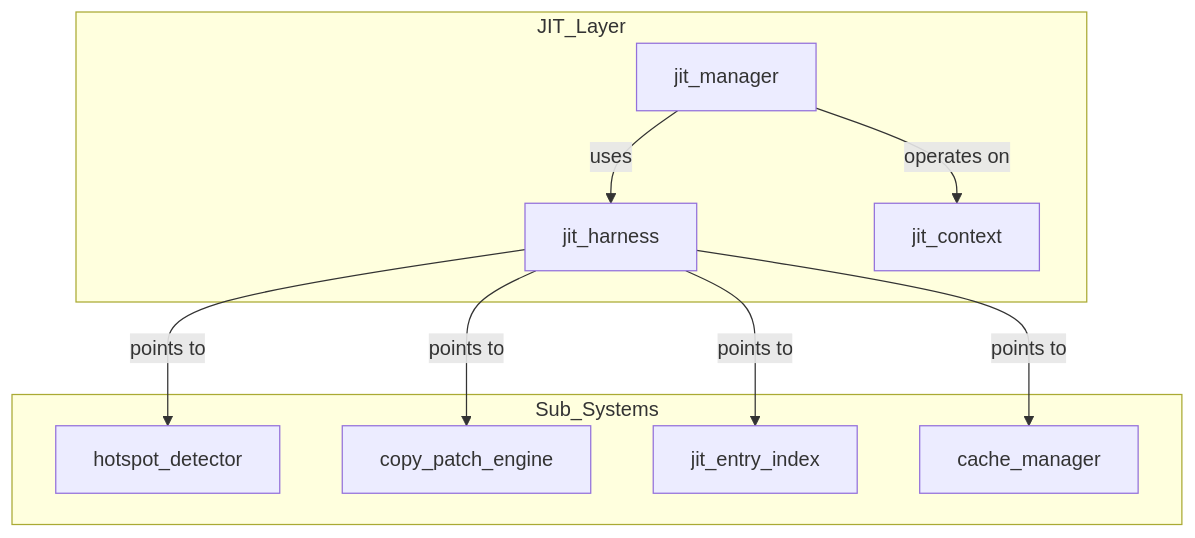
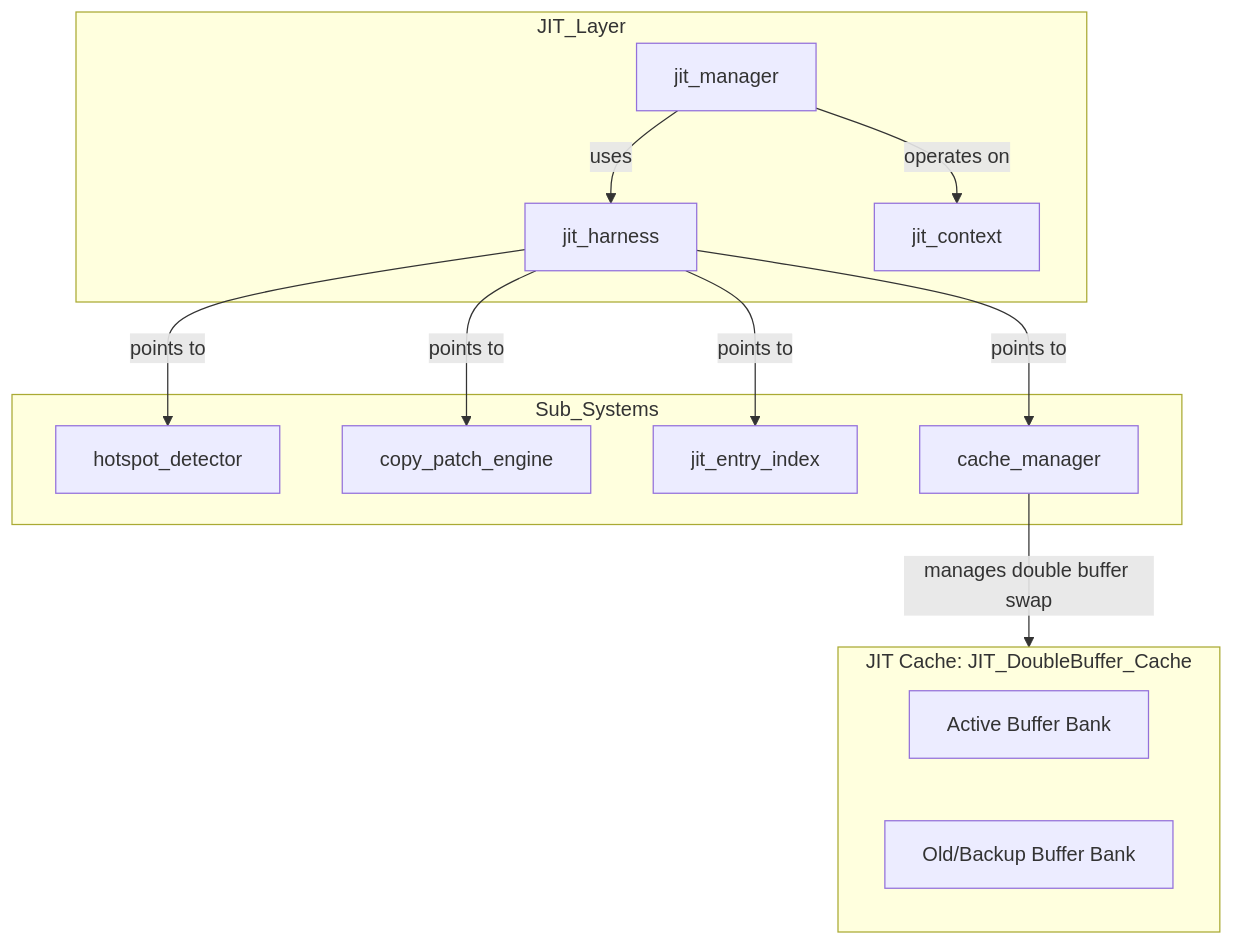
One commit to kmt-t/fireball changed the first of 3 diagrams in docs/components/jit/jit_compiler.md. Above: the diagram before and after it, drawn with Mermaid. The commit also changed other lines of this file and 44 other files, not shown here.

````diff
--- a/docs/components/jit/jit_compiler.md
+++ b/docs/components/jit/jit_compiler.md
@@ -27,22 +27,28 @@
 ```mermaid
 graph TD
     subgraph JIT_Layer
         Harness[jit_harness]
         Manager[jit_manager]
         Context[jit_context]
     end
 
     subgraph Sub_Systems
         Detector[hotspot_detector]
         Engine[copy_patch_engine]
         Index[jit_entry_index]
         Cache[cache_manager]
     end
 
+    subgraph Memory_Buffers ["JIT Cache: JIT_DoubleBuffer_Cache"]
+        ActiveBuffer[Active Buffer Bank]
+        OldBuffer[Old/Backup Buffer Bank]
+    end
+
     Manager -- uses --> Harness
     Harness -- points to --> Detector
     Harness -- points to --> Engine
     Harness -- points to --> Index
     Harness -- points to --> Cache
+    Cache -- manages double buffer swap --> Memory_Buffers
     Manager -- operates on --> Context
 ```
````
